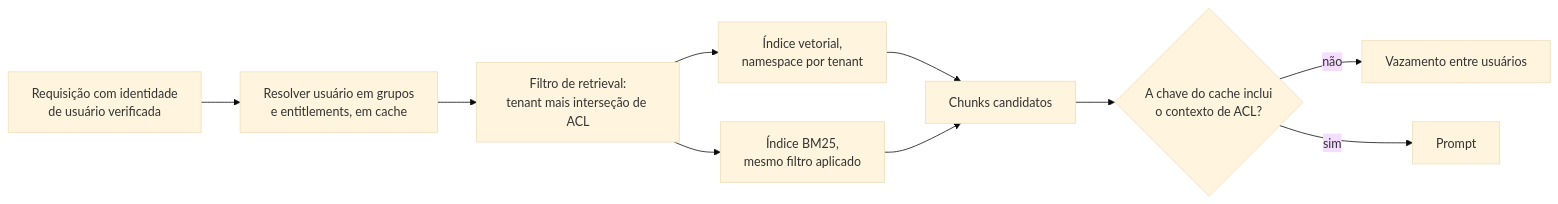
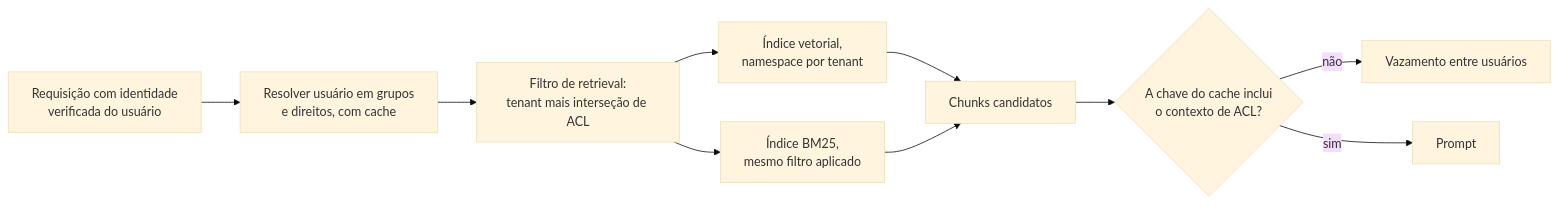
One commit to andrevberaldo/AI-Engineer-Interview-Questions changed diagram 22 of 30 in 04-rag-and-retrieval/questions.pt-BR.md. Above: the diagram before and after it, drawn with Mermaid (base theme). The commit also changed other lines of this file and 1 other file, not shown here.

````diff
--- a/04-rag-and-retrieval/questions.pt-BR.md
+++ b/04-rag-and-retrieval/questions.pt-BR.md
@@ -1121,12 +1121,12 @@
 ```mermaid
 flowchart LR
-    U["Requisição com identidade<br/>de usuário verificada"] --> R["Resolver usuário em grupos<br/>e entitlements, em cache"]
+    U["Requisição com identidade<br/>verificada do usuário"] --> R["Resolver usuário em grupos<br/>e direitos, com cache"]
     R --> F["Filtro de retrieval:<br/>tenant mais interseção de ACL"]
     F --> V["Índice vetorial,<br/>namespace por tenant"]
     F --> B["Índice BM25,<br/>mesmo filtro aplicado"]
     V --> K["Chunks candidatos"]
     B --> K
     K --> C{"A chave do cache inclui<br/>o contexto de ACL?"}
     C -->|"não"| X["Vazamento entre usuários"]
     C -->|"sim"| P["Prompt"]
 ```
````
